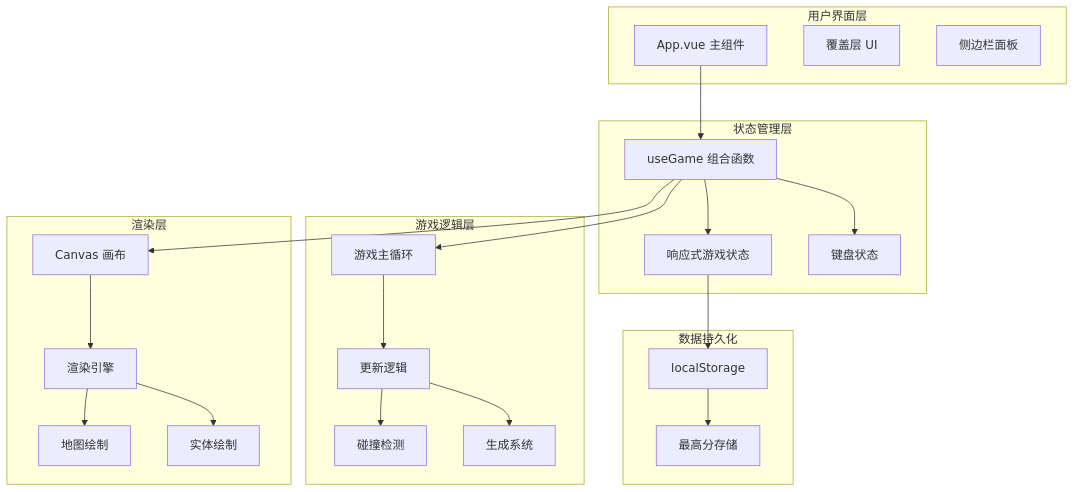
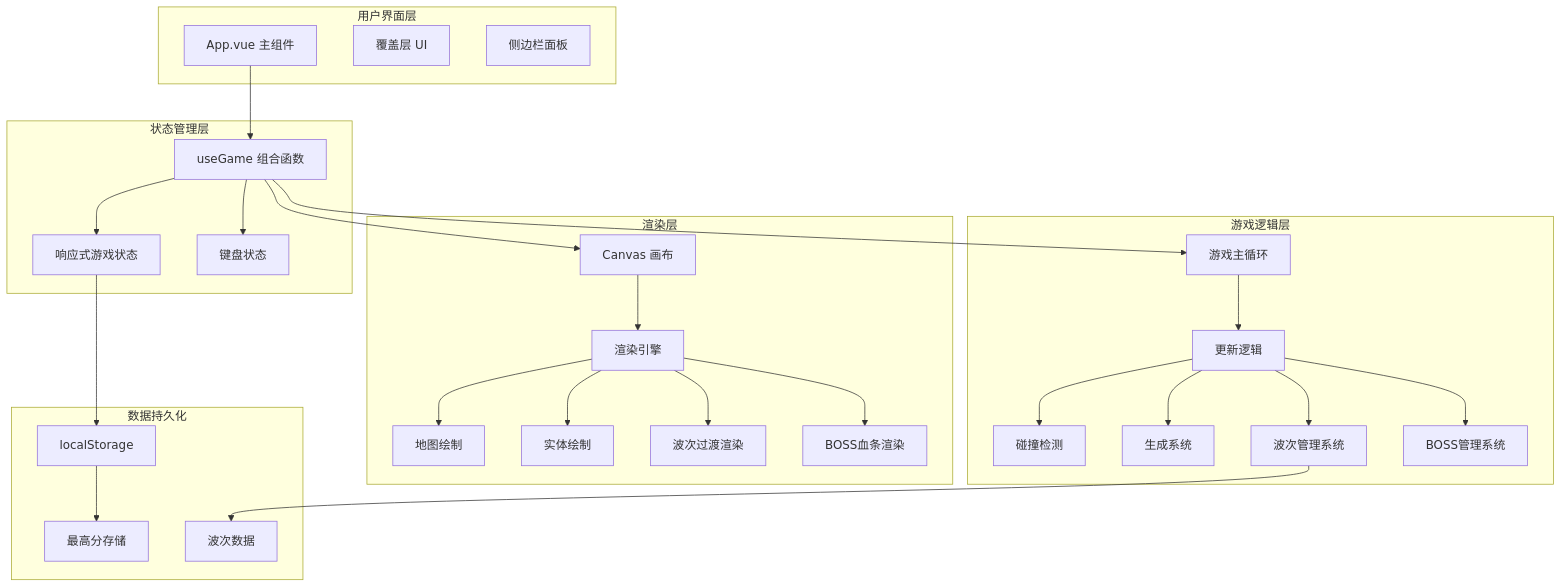
One commit to mrancc/reimagined-journey changed the third of 24 diagrams in .qoder/repowiki/zh/content/核心架构/游戏状态管理.md. Above: the diagram before and after it, drawn with Mermaid. The commit also changed other lines of this file and 11 other files, not shown here.

````diff
--- a/.qoder/repowiki/zh/content/核心架构/游戏状态管理.md
+++ b/.qoder/repowiki/zh/content/核心架构/游戏状态管理.md
@@ -228,42 +247,52 @@
 ```mermaid
 graph TB
 subgraph "用户界面层"
 AppVue[App.vue 主组件]
 Overlay[覆盖层 UI]
 Sidebar[侧边栏面板]
 end
 subgraph "状态管理层"
 UseGame[useGame 组合函数]
 GameState[响应式游戏状态]
 KeysState[键盘状态]
 end
 subgraph "游戏逻辑层"
 GameLoop[游戏主循环]
 UpdateLogic[更新逻辑]
 CollisionDetection[碰撞检测]
 SpawnSystem[生成系统]
+WaveSystem[波次管理系统]
+BossSystem[BOSS管理系统]
 end
 subgraph "渲染层"
 Canvas[Canvas 画布]
 RenderEngine[渲染引擎]
 DrawMap[地图绘制]
 DrawEntities[实体绘制]
+WaveTransition[波次过渡渲染]
+BossHealthBar[BOSS血条渲染]
 end
 subgraph "数据持久化"
 LocalStorage[localStorage]
 HighScore[最高分存储]
+WaveData[波次数据]
 end
 AppVue --> UseGame
 UseGame --> GameState
 UseGame --> KeysState
 UseGame --> GameLoop
 GameLoop --> UpdateLogic
 UpdateLogic --> CollisionDetection
 UpdateLogic --> SpawnSystem
+UpdateLogic --> WaveSystem
+UpdateLogic --> BossSystem
 UseGame --> Canvas
 Canvas --> RenderEngine
 RenderEngine --> DrawMap
 RenderEngine --> DrawEntities
+RenderEngine --> WaveTransition
+RenderEngine --> BossHealthBar
 GameState --> LocalStorage
 LocalStorage --> HighScore
+WaveSystem --> WaveData
 ```
````
